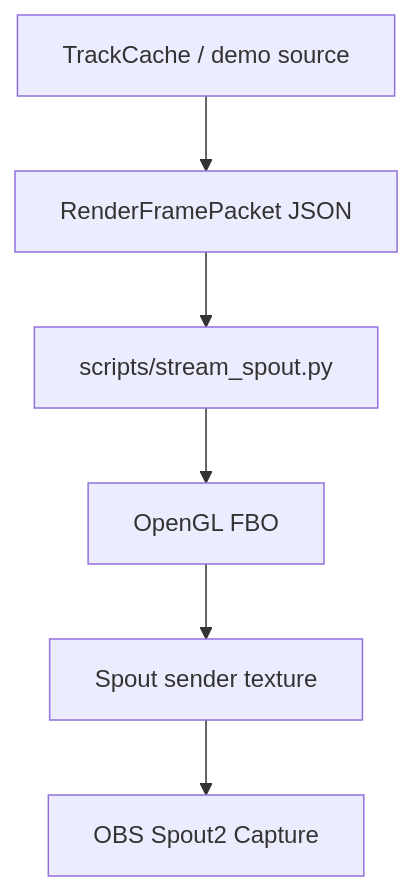
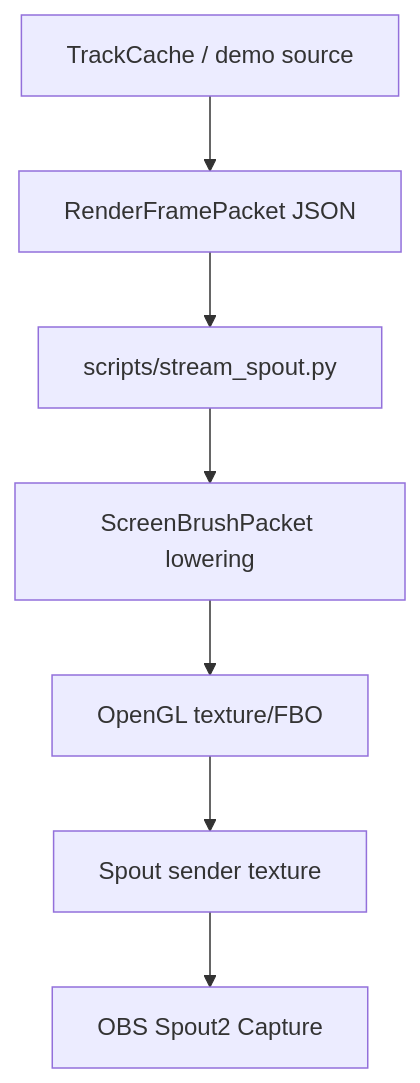
One commit to GameCult/Mimir changed the diagram in docs/obs-spout-streaming.md. Above: the diagram before and after it, drawn with Mermaid. The commit also changed other lines of this file and 6 other files, not shown here.

Commit message:
Wire OBS Spout capture and brush lowering

````diff
--- a/docs/obs-spout-streaming.md
+++ b/docs/obs-spout-streaming.md
@@ -11,8 +11,9 @@
 ```mermaid
 flowchart TD
     A["TrackCache / demo source"] --> B["RenderFramePacket JSON"]
     B --> C["scripts/stream_spout.py"]
-    C --> D["OpenGL FBO"]
-    D --> E["Spout sender texture"]
-    E --> F["OBS Spout2 Capture"]
+    C --> D["ScreenBrushPacket lowering"]
+    D --> E["OpenGL texture/FBO"]
+    E --> F["Spout sender texture"]
+    F --> G["OBS Spout2 Capture"]
 ```
````
